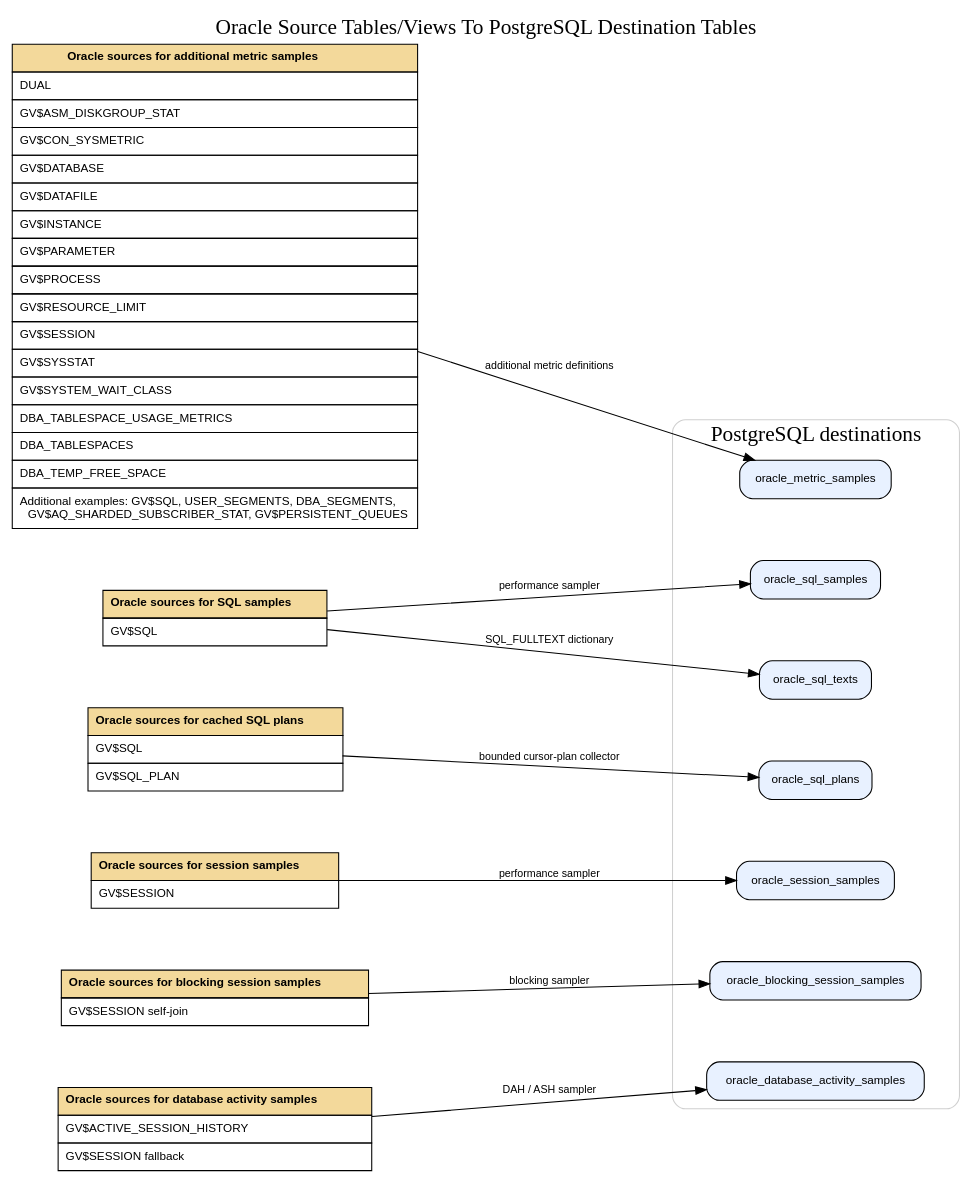
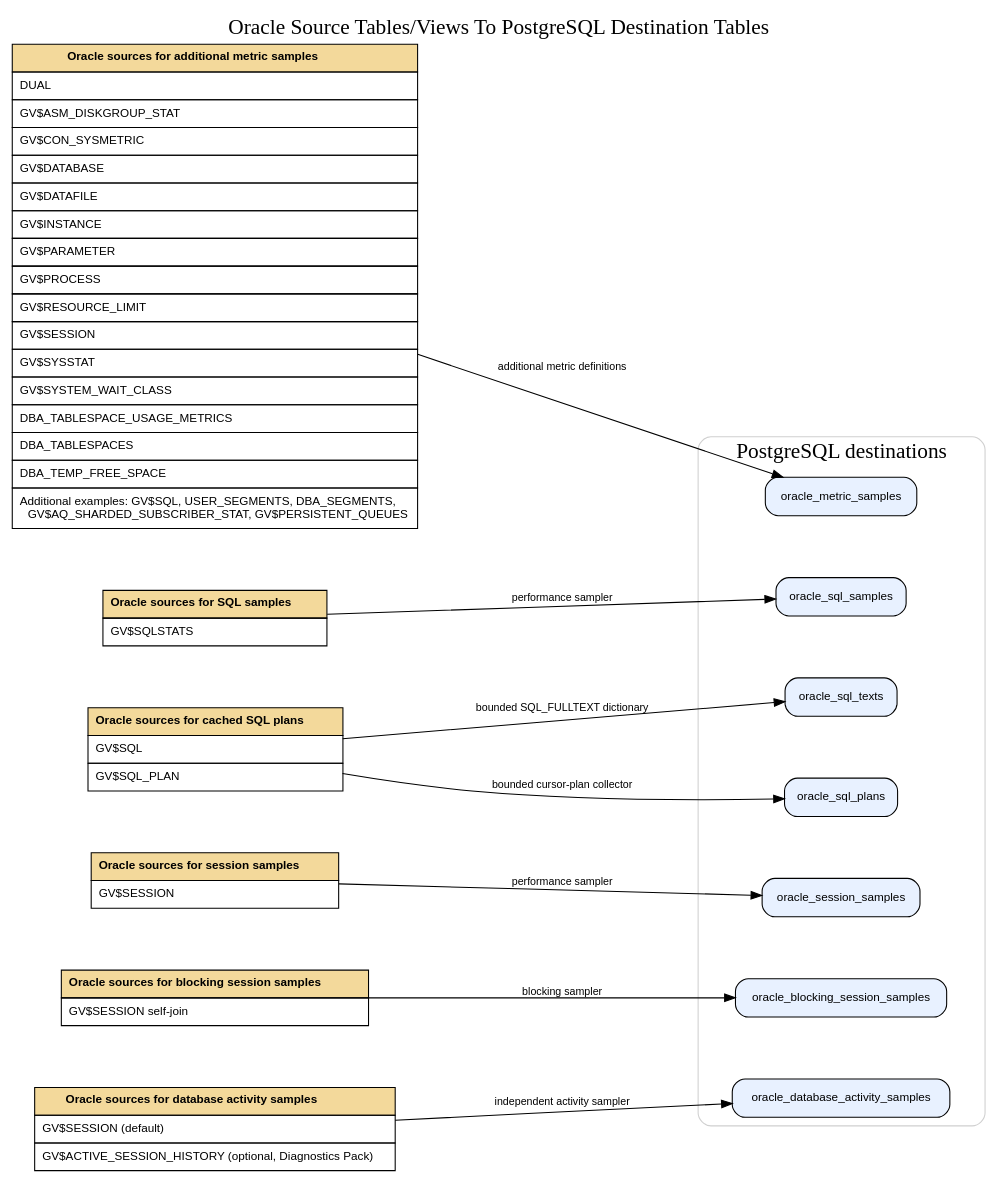
One commit to OneClickDBA/harry-performance-scraper changed the diagram in doc/oracle_to_postgresql_tables.dot. Above: the diagram before and after it, drawn with Graphviz. The commit also changed 21 other files, not shown here.

First line of the commit message:
ASH is now optional and disabled by default

```diff
--- a/doc/oracle_to_postgresql_tables.dot
+++ b/doc/oracle_to_postgresql_tables.dot
@@ -1,155 +1,155 @@
 digraph oracle_to_postgresql_tables {
   graph [
     label="Oracle Source Tables/Views To PostgreSQL Destination Tables",
     labelloc=t,
     fontsize=20,
     rankdir=LR,
     splines=spline,
     nodesep=0.8,
     ranksep=1.4
   ];
 
   node [
     fontname="Helvetica",
     fontsize=11
   ];
 
   edge [
     fontname="Helvetica",
     fontsize=10
   ];
 
   oracle_metric_sources [
     shape=plain,
     label=<
       <TABLE BORDER="0" CELLBORDER="1" CELLSPACING="0" CELLPADDING="6">
         <TR><TD BGCOLOR="#f3d99b"><B>Oracle sources for additional metric samples</B></TD></TR>
         <TR><TD ALIGN="LEFT">DUAL</TD></TR>
         <TR><TD ALIGN="LEFT">GV$ASM_DISKGROUP_STAT</TD></TR>
         <TR><TD ALIGN="LEFT">GV$CON_SYSMETRIC</TD></TR>
         <TR><TD ALIGN="LEFT">GV$DATABASE</TD></TR>
         <TR><TD ALIGN="LEFT">GV$DATAFILE</TD></TR>
         <TR><TD ALIGN="LEFT">GV$INSTANCE</TD></TR>
         <TR><TD ALIGN="LEFT">GV$PARAMETER</TD></TR>
         <TR><TD ALIGN="LEFT">GV$PROCESS</TD></TR>
         <TR><TD ALIGN="LEFT">GV$RESOURCE_LIMIT</TD></TR>
         <TR><TD ALIGN="LEFT">GV$SESSION</TD></TR>
         <TR><TD ALIGN="LEFT">GV$SYSSTAT</TD></TR>
         <TR><TD ALIGN="LEFT">GV$SYSTEM_WAIT_CLASS</TD></TR>
         <TR><TD ALIGN="LEFT">DBA_TABLESPACE_USAGE_METRICS</TD></TR>
         <TR><TD ALIGN="LEFT">DBA_TABLESPACES</TD></TR>
         <TR><TD ALIGN="LEFT">DBA_TEMP_FREE_SPACE</TD></TR>
         <TR><TD ALIGN="LEFT">Additional examples: GV$SQL, USER_SEGMENTS, DBA_SEGMENTS,<BR/>GV$AQ_SHARDED_SUBSCRIBER_STAT, GV$PERSISTENT_QUEUES</TD></TR>
       </TABLE>
     >
   ];
 
   oracle_sql_sources [
     shape=plain,
     label=<
       <TABLE BORDER="0" CELLBORDER="1" CELLSPACING="0" CELLPADDING="6">
         <TR><TD BGCOLOR="#f3d99b"><B>Oracle sources for SQL samples</B></TD></TR>
-        <TR><TD ALIGN="LEFT">GV$SQL</TD></TR>
+        <TR><TD ALIGN="LEFT">GV$SQLSTATS</TD></TR>
       </TABLE>
     >
   ];
 
   oracle_sql_plan_sources [
     shape=plain,
     label=<
       <TABLE BORDER="0" CELLBORDER="1" CELLSPACING="0" CELLPADDING="6">
         <TR><TD BGCOLOR="#f3d99b"><B>Oracle sources for cached SQL plans</B></TD></TR>
         <TR><TD ALIGN="LEFT">GV$SQL</TD></TR>
         <TR><TD ALIGN="LEFT">GV$SQL_PLAN</TD></TR>
       </TABLE>
     >
   ];
 
   oracle_session_sources [
     shape=plain,
     label=<
       <TABLE BORDER="0" CELLBORDER="1" CELLSPACING="0" CELLPADDING="6">
         <TR><TD BGCOLOR="#f3d99b"><B>Oracle sources for session samples</B></TD></TR>
         <TR><TD ALIGN="LEFT">GV$SESSION</TD></TR>
       </TABLE>
     >
   ];
 
   oracle_blocking_session_sources [
     shape=plain,
     label=<
       <TABLE BORDER="0" CELLBORDER="1" CELLSPACING="0" CELLPADDING="6">
         <TR><TD BGCOLOR="#f3d99b"><B>Oracle sources for blocking session samples</B></TD></TR>
         <TR><TD ALIGN="LEFT">GV$SESSION self-join</TD></TR>
       </TABLE>
     >
   ];
 
   oracle_database_activity_sources [
     shape=plain,
     label=<
       <TABLE BORDER="0" CELLBORDER="1" CELLSPACING="0" CELLPADDING="6">
         <TR><TD BGCOLOR="#f3d99b"><B>Oracle sources for database activity samples</B></TD></TR>
-        <TR><TD ALIGN="LEFT">GV$ACTIVE_SESSION_HISTORY</TD></TR>
-        <TR><TD ALIGN="LEFT">GV$SESSION fallback</TD></TR>
+        <TR><TD ALIGN="LEFT">GV$SESSION (default)</TD></TR>
+        <TR><TD ALIGN="LEFT">GV$ACTIVE_SESSION_HISTORY (optional, Diagnostics Pack)</TD></TR>
       </TABLE>
     >
   ];
 
   subgraph cluster_postgresql {
     label="PostgreSQL destinations";
     color="#d0d0d0";
     style=rounded;
 
     pg_oracle_metric_samples [
       shape=box,
       style="rounded,filled",
       fillcolor="#e8f1ff",
       label="oracle_metric_samples"
     ];
     pg_oracle_sql_samples [
       shape=box,
       style="rounded,filled",
       fillcolor="#e8f1ff",
       label="oracle_sql_samples"
     ];
     pg_oracle_sql_texts [
       shape=box,
       style="rounded,filled",
       fillcolor="#e8f1ff",
       label="oracle_sql_texts"
     ];
     pg_oracle_sql_plans [
       shape=box,
       style="rounded,filled",
       fillcolor="#e8f1ff",
       label="oracle_sql_plans"
     ];
     pg_oracle_session_samples [
       shape=box,
       style="rounded,filled",
       fillcolor="#e8f1ff",
       label="oracle_session_samples"
     ];
     pg_oracle_blocking_session_samples [
       shape=box,
       style="rounded,filled",
       fillcolor="#e8f1ff",
       label="oracle_blocking_session_samples"
     ];
     pg_oracle_database_activity_samples [
       shape=box,
       style="rounded,filled",
       fillcolor="#e8f1ff",
       label="oracle_database_activity_samples"
     ];
   }
 
   oracle_metric_sources -> pg_oracle_metric_samples [label="additional metric definitions"];
   oracle_sql_sources -> pg_oracle_sql_samples [label="performance sampler"];
-  oracle_sql_sources -> pg_oracle_sql_texts [label="SQL_FULLTEXT dictionary"];
+  oracle_sql_plan_sources -> pg_oracle_sql_texts [label="bounded SQL_FULLTEXT dictionary"];
   oracle_sql_plan_sources -> pg_oracle_sql_plans [label="bounded cursor-plan collector"];
   oracle_session_sources -> pg_oracle_session_samples [label="performance sampler"];
   oracle_blocking_session_sources -> pg_oracle_blocking_session_samples [label="blocking sampler"];
-  oracle_database_activity_sources -> pg_oracle_database_activity_samples [label="DAH / ASH sampler"];
+  oracle_database_activity_sources -> pg_oracle_database_activity_samples [label="independent activity sampler"];
 }
```
